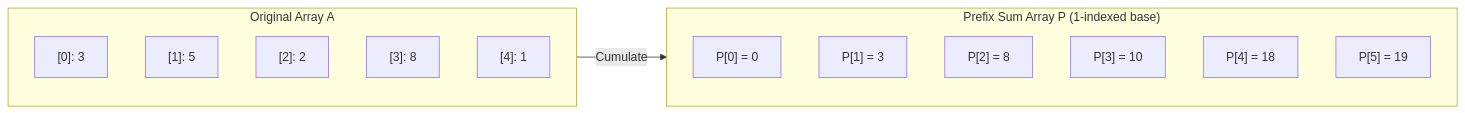
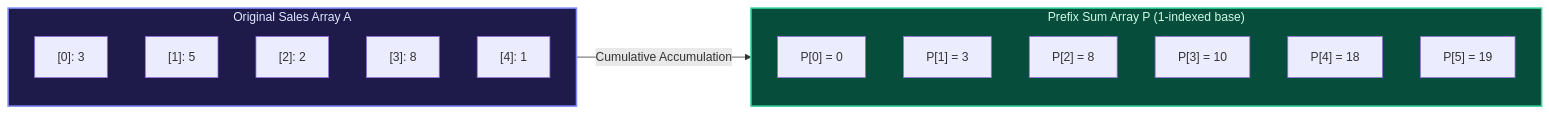
Diagram 13 of 15 in content/docs/dsa/01-foundations-and-linear-structures/02-arrays-and-dynamic-arrays.mdx (1345AbhishekKumar/cs-cookbook), drawn with Mermaid before and after one commit. The commit also changed other lines of this file and 211 other files, not shown here.

`````diff
--- a/content/docs/dsa/01-foundations-and-linear-structures/02-arrays-and-dynamic-arrays.mdx
+++ b/content/docs/dsa/01-foundations-and-linear-structures/02-arrays-and-dynamic-arrays.mdx
@@ -386,21 +1053,24 @@
 ```mermaid
 flowchart LR
-    subgraph Original["Original Array A"]
+    subgraph Original["Original Sales Array A"]
         A0["[0]: 3"]
         A1["[1]: 5"]
         A2["[2]: 2"]
         A3["[3]: 8"]
         A4["[4]: 1"]
     end
 
     subgraph Prefix["Prefix Sum Array P (1-indexed base)"]
         P0["P[0] = 0"]
         P1["P[1] = 3"]
         P2["P[2] = 8"]
         P3["P[3] = 10"]
         P4["P[4] = 18"]
         P5["P[5] = 19"]
     end
 
-    Original -->|Cumulate| Prefix
-````
+    Original -->|Cumulative Accumulation| Prefix
+
+    style Original fill:#1e1b4b,stroke:#818cf8,stroke-width:2px,color:#e0e7ff
+    style Prefix fill:#064e3b,stroke:#34d399,stroke-width:2px,color:#d1fae5
+```
`````
